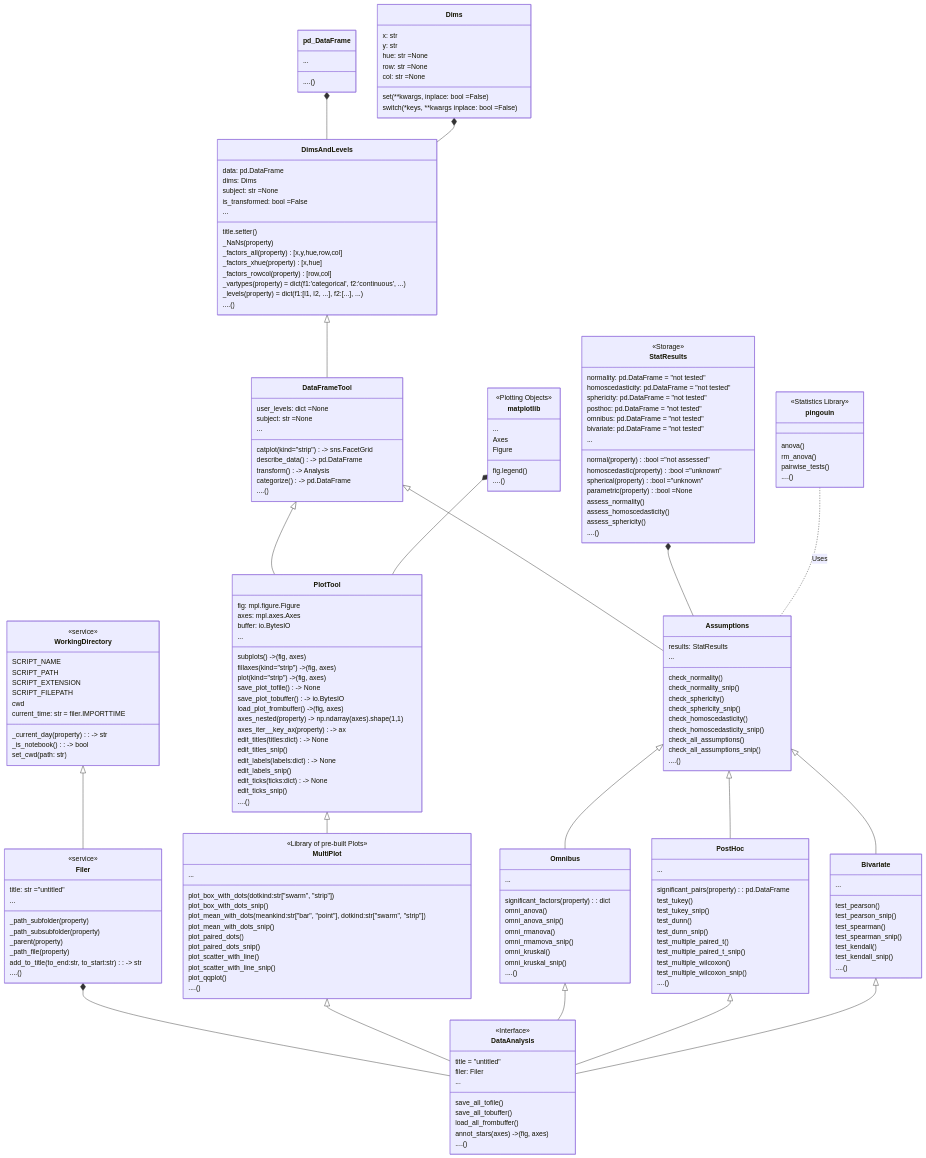
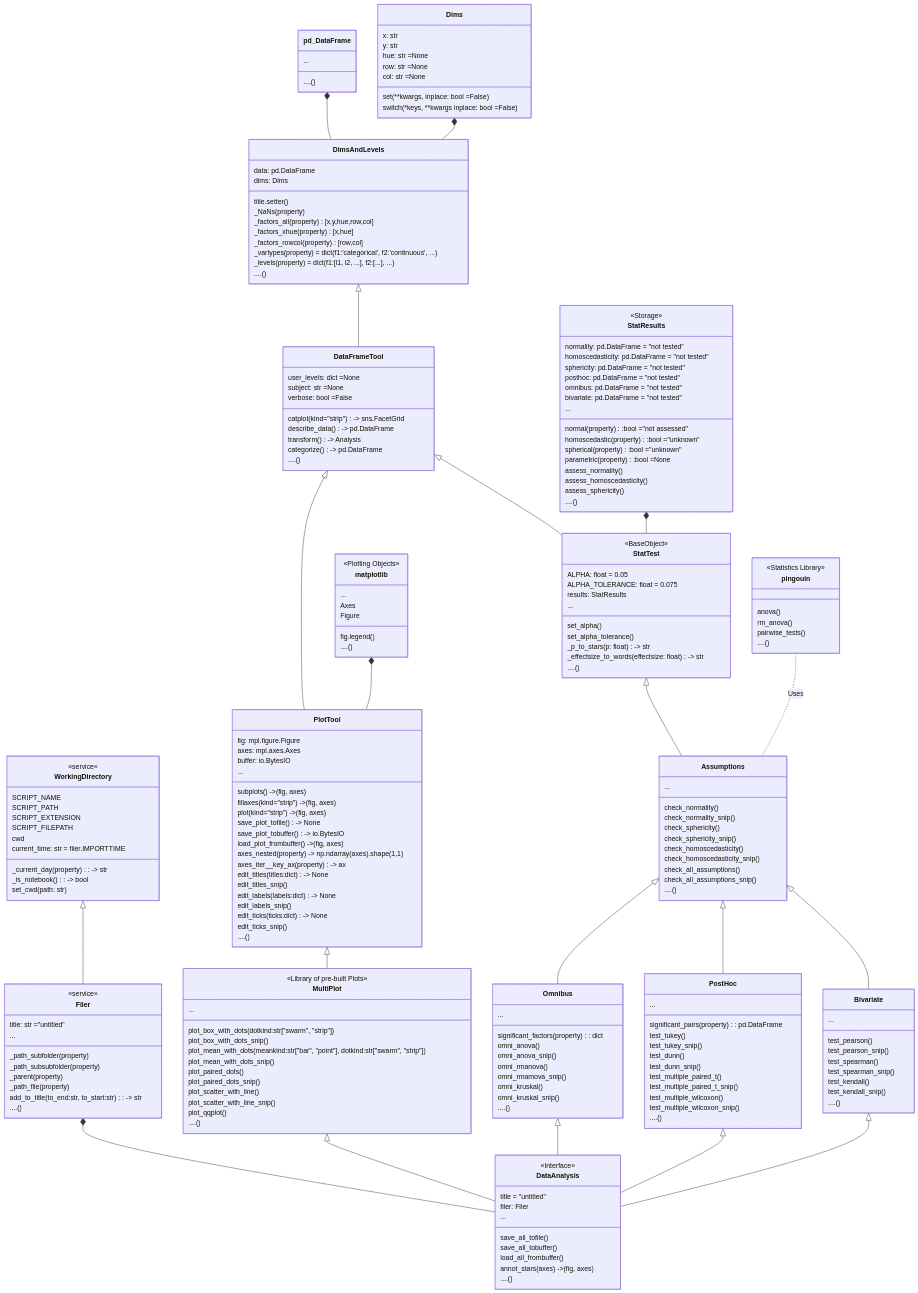
Before and after one commit to markur4/plotastic: the first of 2 diagrams in README.md, drawn with Mermaid. The commit also changed 4 other files, not shown here.

```diff
--- a/README.md
+++ b/README.md
@@ -156,9 +156,6 @@
       data: pd.DataFrame
       dims: Dims
 
-      subject: str =None 
-      is_transformed: bool =False
-      ...
       title.setter()
       _NaNs(property) 
       %%_empty_groups(property)
@@ -180,7 +177,7 @@
    class DataFrameTool{
       user_levels: dict =None
       subject: str =None
-      ...
+      verbose: bool =False
       catplot(kind="strip") -> sns.FacetGrid
       describe_data() -> pd.DataFrame
       transform() -> Analysis
@@ -194,7 +191,7 @@
    %%Analysis <|-- Assumptions
    %%Analysis <|-- Omnibus
    %%Analysis <|-- PostHoc
-   DataFrameTool <|-- Assumptions
+   DataFrameTool <|-- StatTest
 
    %% STATISTICS #......................................................................................
 
@@ -225,8 +222,24 @@
       ....()
    }
 
+   class StatTest{
+      <<BaseObject>>
+      ALPHA: float = 0.05
+      ALPHA_TOLERANCE: float = 0.075
+      results: StatResults 
+      ...
+      set_alpha()
+      set_alpha_tolerance()
+      _p_to_stars(p: float) -> str
+      _effectsize_to_words(effectsize: float) -> str
+      ....()
+
+
+   }
+   StatResults *-- StatTest
+
+
    class Assumptions{
-      results: StatResults 
       ...
       check_normality()
       check_normality_snip()
@@ -238,7 +251,7 @@
       check_all_assumptions_snip()
       ....()
    }
-   StatResults *-- Assumptions
+   StatTest <|-- Assumptions
 
    class Omnibus{
       ...
```
